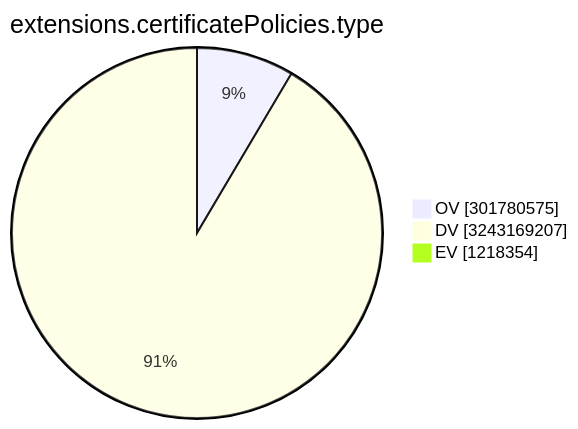
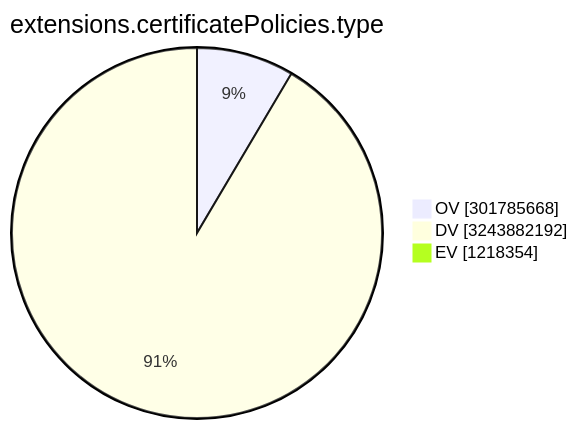
The ninth of 15 diagrams in TOTAL/README.md (christiankrug/ctmonitor_visualization), drawn with Mermaid before and after one commit. The commit also changed other lines of this file, not shown here.

````diff
--- a/TOTAL/README.md
+++ b/TOTAL/README.md
@@ -3107,7 +3107,7 @@
 ```mermaid
 pie showData
 title extensions.certificatePolicies.type
-"OV" :301780575
-"DV" :3243169207
+"OV" :301785668
+"DV" :3243882192
 "EV" :1218354
 ```
````
